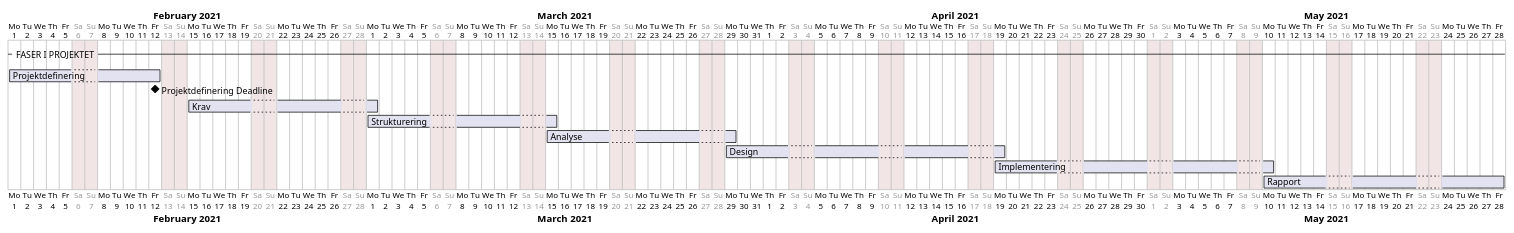
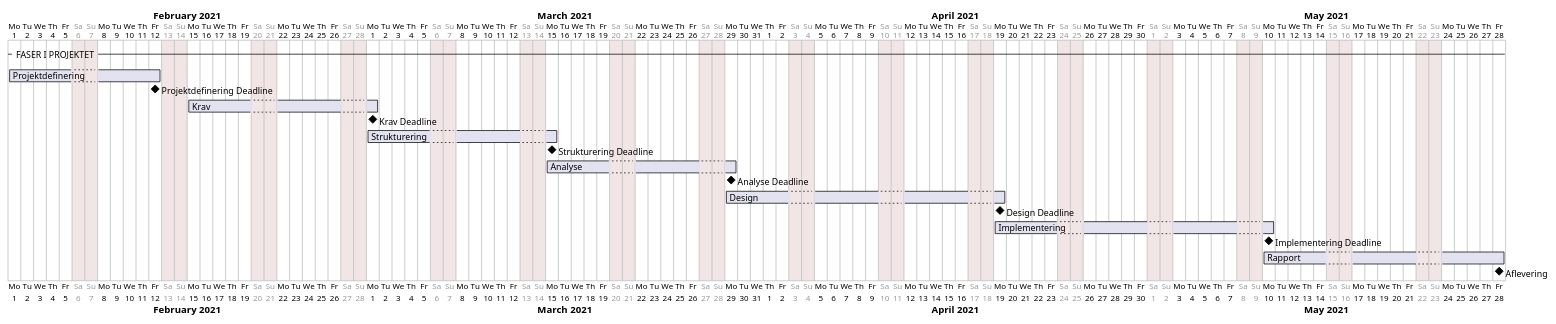
Before and after one commit to Solvgraa-mager/E4PRJ4: the diagram in Planing/timeline.puml, drawn with PlantUML.

```diff
--- a/Planing/timeline.puml
+++ b/Planing/timeline.puml
@@ -1,19 +1,26 @@
 @startgantt
 project starts the 2021/02/01
 
 saturday are closed
 sunday are closed
 
 -- FASER I PROJEKTET --
 
 [Projektdefinering] as [PD] starts the 2021/02/01 and ends at 2021/02/12
 [Projektdefinering Deadline] happens at [PD]'s end
 [Krav] as [Krav] starts the 2021/02/15 and ends at 2021/03/01
+[Krav Deadline] happens at [Krav]'s end
 [Strukturering] as [Strukturering] starts the 2021/03/01 and ends at 2021/03/15
+[Strukturering Deadline] happens at [Strukturering]'s end
 [Analyse] as [Analyse] starts the 2021/03/15 and ends at 2021/03/29
+[Analyse Deadline] happens at [Analyse]'s end
 [Design] as [Design] starts the 2021/03/29 and ends at 2021/04/19
+[Design Deadline] happens at [Design]'s end
+[Krav Deadline] happens at [Krav]'s end
 [Implementering] as [Implementering] starts the 2021/04/19 and ends at 2021/05/10
+[Implementering Deadline] happens at [Implementering]'s end
 [Rapport] as [Rapport] starts the 2021/05/10 and ends at 2021/05/28
+[Aflevering] happens at [Rapport]'s end
 
 
 @endgantt
```
